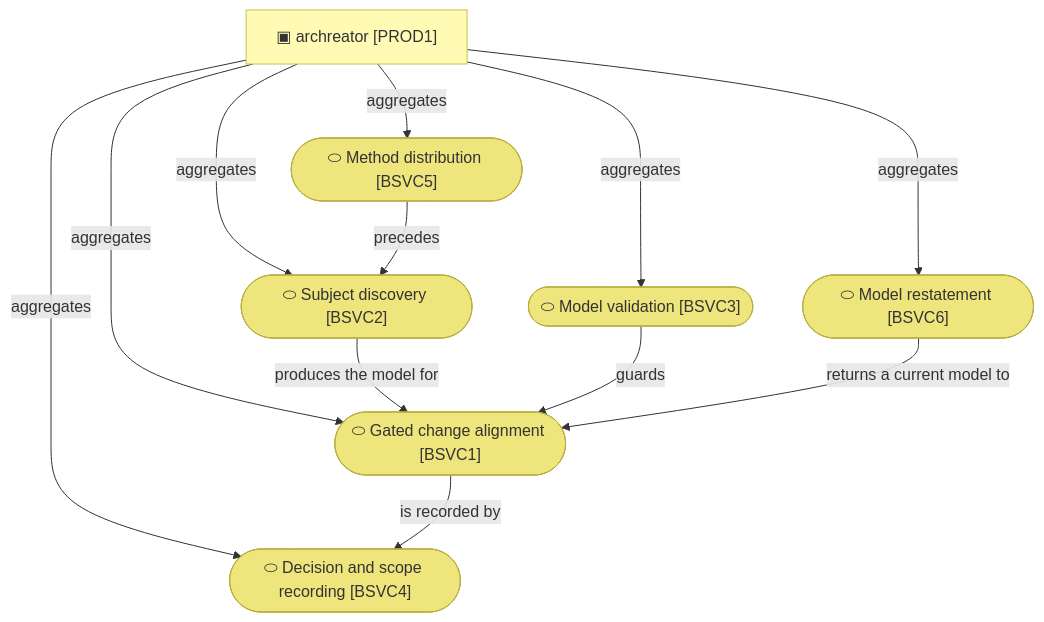
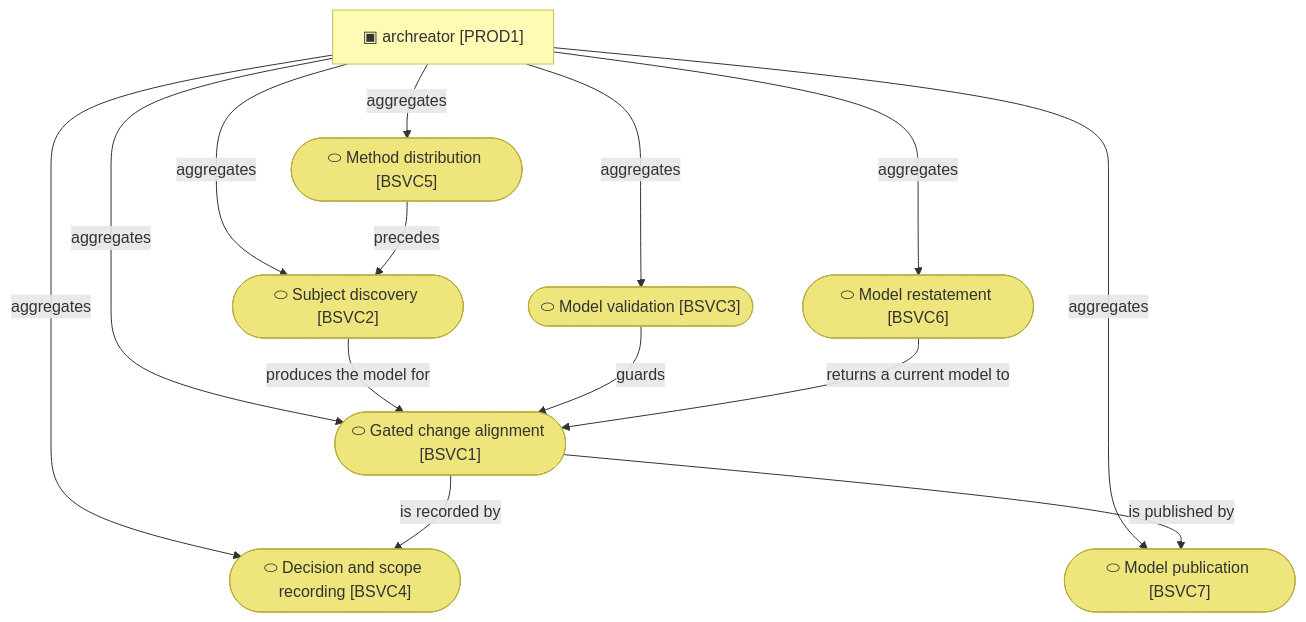
One commit to roanboc/architecture-archreator changed the second of 3 diagrams in product-archreator/architecture/2_business/2_business-services.md. Above: the diagram before and after it, drawn with Mermaid. The commit also changed other lines of this file and 9 other files, not shown here.

````diff
--- a/product-archreator/architecture/2_business/2_business-services.md
+++ b/product-archreator/architecture/2_business/2_business-services.md
@@ -32,27 +32,30 @@
 ```mermaid
 flowchart TB
   prod1["▣ archreator [PROD1]"]:::product
 
   bsvc1(["⬭ Gated change alignment [BSVC1]"]):::service
   bsvc2(["⬭ Subject discovery [BSVC2]"]):::service
   bsvc3(["⬭ Model validation [BSVC3]"]):::service
   bsvc4(["⬭ Decision and scope recording [BSVC4]"]):::service
   bsvc5(["⬭ Method distribution [BSVC5]"]):::service
   bsvc6(["⬭ Model restatement [BSVC6]"]):::service
+  bsvc7(["⬭ Model publication [BSVC7]"]):::service
 
   prod1 -->|aggregates| bsvc1
   prod1 -->|aggregates| bsvc2
   prod1 -->|aggregates| bsvc3
   prod1 -->|aggregates| bsvc4
   prod1 -->|aggregates| bsvc5
   prod1 -->|aggregates| bsvc6
+  prod1 -->|aggregates| bsvc7
 
   bsvc5 -->|precedes| bsvc2
   bsvc2 -->|produces the model for| bsvc1
   bsvc1 -->|is recorded by| bsvc4
   bsvc3 -->|guards| bsvc1
   bsvc6 -->|returns a current model to| bsvc1
+  bsvc1 -->|is published by| bsvc7
 
   classDef product fill:#fffbb5,stroke:#c8c04a,color:#333
   classDef service fill:#efe57d,stroke:#b8ad3f,color:#333
 ```
````
